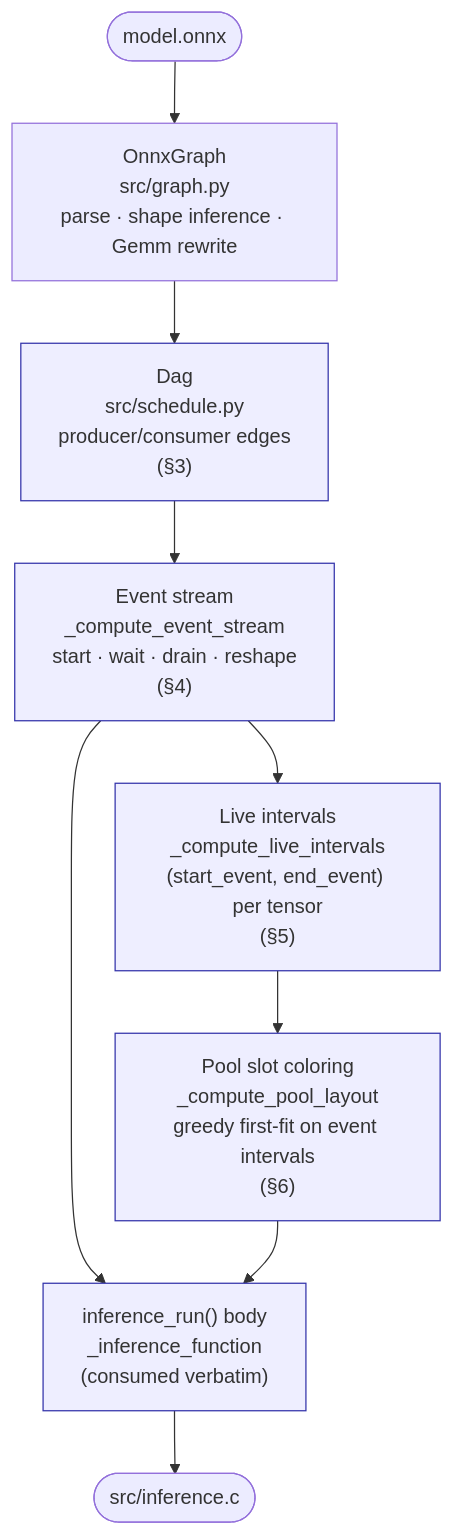
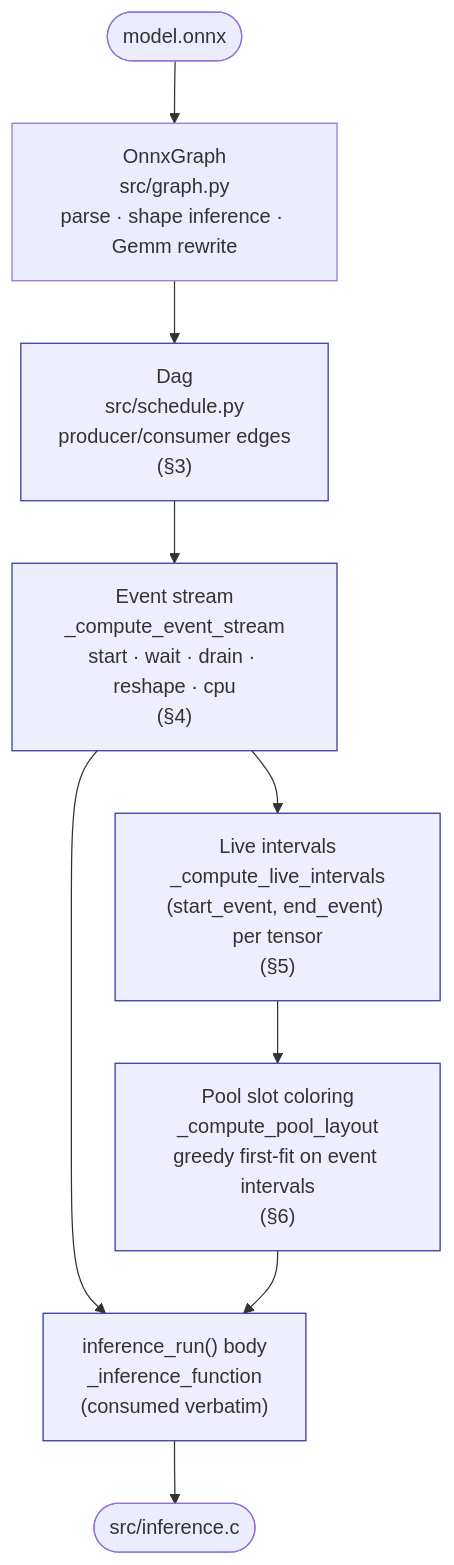
The first of 7 diagrams in inference-scheduler/doc/SCHEDULER_DAG.md (phoenix367/cormorant), drawn with Mermaid before and after one commit. The commit also changed other lines of this file and 34 other files, not shown here.

````diff
--- a/inference-scheduler/doc/SCHEDULER_DAG.md
+++ b/inference-scheduler/doc/SCHEDULER_DAG.md
@@ -23,14 +25,14 @@
 ```mermaid
 flowchart TD
     M([model.onnx]) --> OG["OnnxGraph<br/>src/graph.py<br/>parse · shape inference · Gemm rewrite"]
     OG --> DAG["Dag<br/>src/schedule.py<br/>producer/consumer edges<br/>(§3)"]
-    DAG --> EVS["Event stream<br/>_compute_event_stream<br/>start · wait · drain · reshape<br/>(§4)"]
+    DAG --> EVS["Event stream<br/>_compute_event_stream<br/>start · wait · drain · reshape · cpu<br/>(§4)"]
     EVS --> LI["Live intervals<br/>_compute_live_intervals<br/>(start_event, end_event) per tensor<br/>(§5)"]
     EVS --> EM["inference_run() body<br/>_inference_function<br/>(consumed verbatim)"]
     LI --> POOL["Pool slot coloring<br/>_compute_pool_layout<br/>greedy first-fit on event intervals<br/>(§6)"]
     POOL --> EM
     EM --> OUT([src/inference.c])
 
     classDef stage fill:#eef,stroke:#33a
     class DAG,EVS,LI,POOL,EM stage
 ```
````
